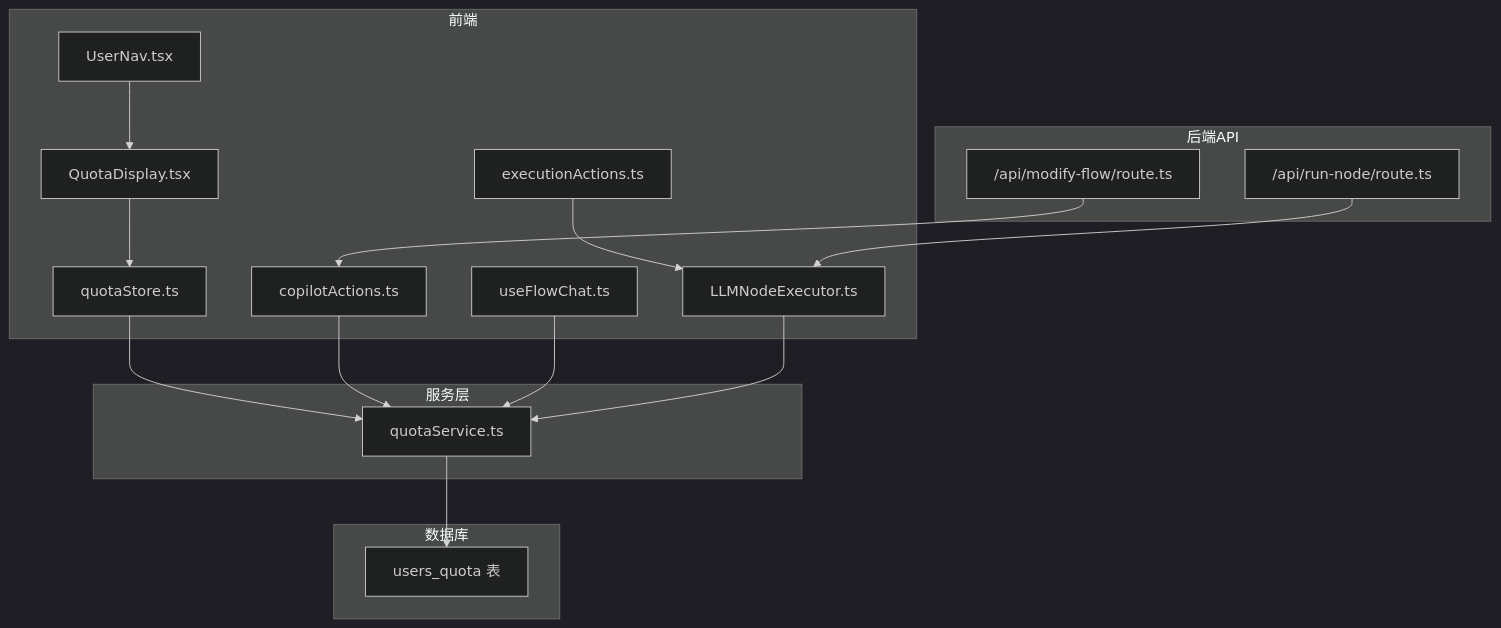
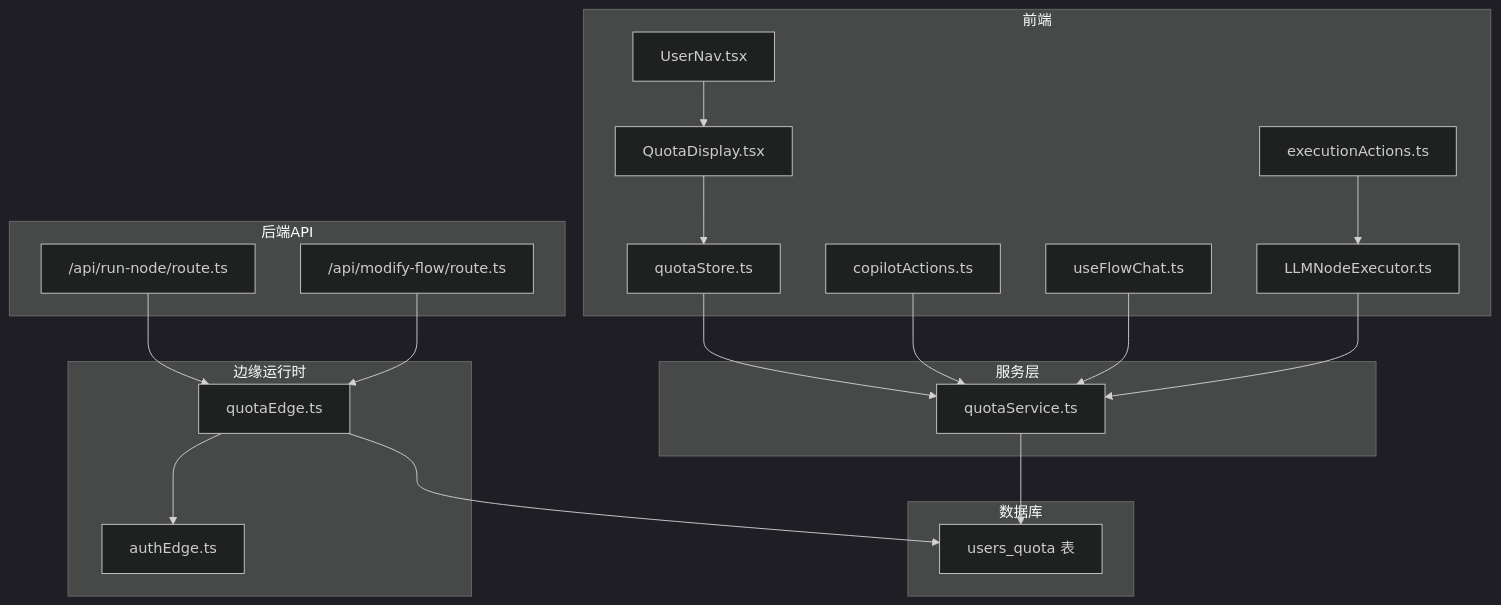
The first of 7 diagrams in .qoder/repowiki/zh/content/服务层与外部集成/配额管理.md (JasperLin2333/Flash-Flow), drawn with Mermaid (dark theme) before and after one commit. The commit also changed other lines of this file and 12 other files, not shown here.

````diff
--- a/.qoder/repowiki/zh/content/服务层与外部集成/配额管理.md
+++ b/.qoder/repowiki/zh/content/服务层与外部集成/配额管理.md
@@ -50,32 +60,38 @@
 ```mermaid
 graph TB
 subgraph "前端"
 UI_QD["QuotaDisplay.tsx"]
 UI_UN["UserNav.tsx"]
 ST_QU["quotaStore.ts"]
 EX_LLM["LLMNodeExecutor.ts"]
 ACT_EXE["executionActions.ts"]
 ACT_CPL["copilotActions.ts"]
 HK_CHAT["useFlowChat.ts"]
 end
 subgraph "服务层"
 SVC_Q["quotaService.ts"]
+end
+subgraph "边缘运行时"
+EDGE_Q["quotaEdge.ts"]
+EDGE_A["authEdge.ts"]
 end
 subgraph "后端API"
 API_RUN["/api/run-node/route.ts"]
 API_MOD["/api/modify-flow/route.ts"]
 end
 subgraph "数据库"
 DB_Q["users_quota 表"]
 end
 UI_UN --> UI_QD
 UI_QD --> ST_QU
 ST_QU --> SVC_Q
 ACT_EXE --> EX_LLM
 ACT_CPL --> SVC_Q
 HK_CHAT --> SVC_Q
 EX_LLM --> SVC_Q
 SVC_Q --> DB_Q
-API_RUN --> EX_LLM
-API_MOD --> ACT_CPL
+API_RUN --> EDGE_Q
+API_MOD --> EDGE_Q
+EDGE_Q --> DB_Q
+EDGE_Q --> EDGE_A
 ```
````
